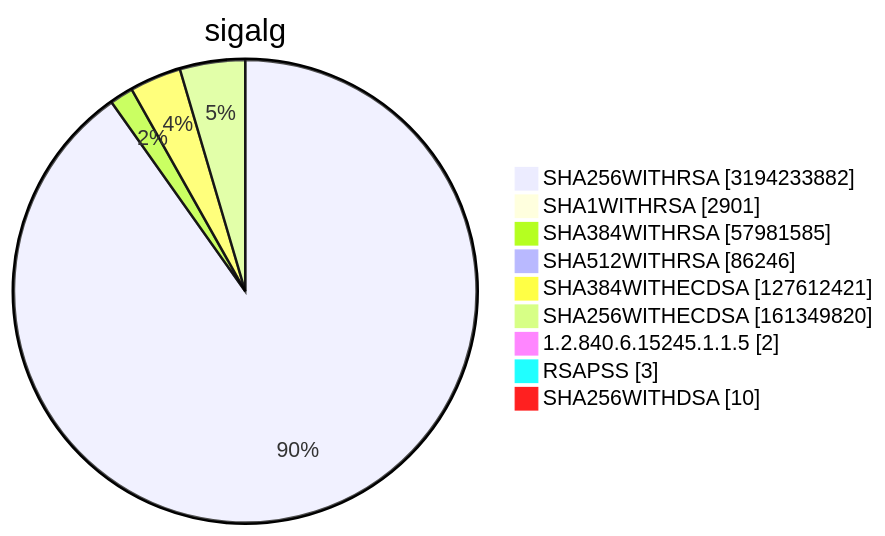
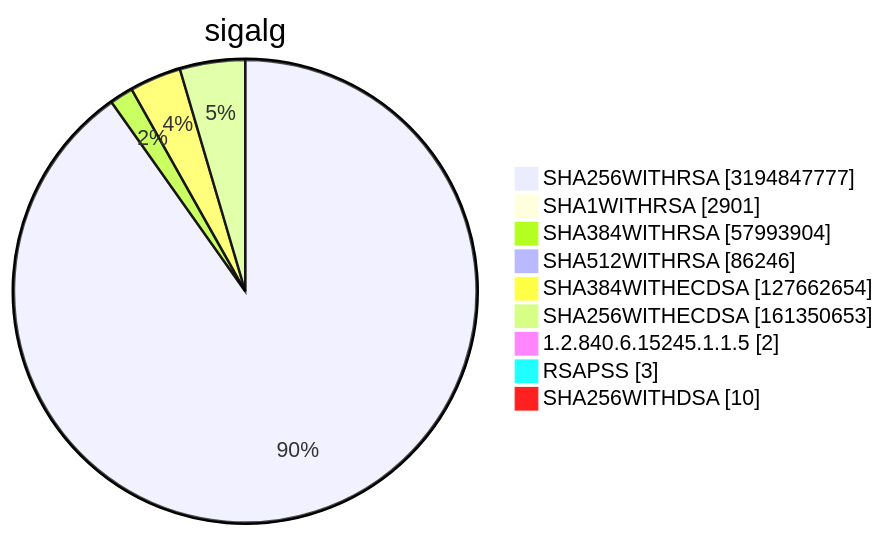
Diagram 15 of 15 in TOTAL/README.md (christiankrug/ctmonitor_visualization), drawn with Mermaid before and after one commit. The commit also changed other lines of this file, not shown here.

````diff
--- a/TOTAL/README.md
+++ b/TOTAL/README.md
@@ -6216,13 +6216,13 @@
 ```mermaid
 pie showData
 title sigalg
-"SHA256WITHRSA" :3194233882
+"SHA256WITHRSA" :3194847777
 "SHA1WITHRSA" :2901
-"SHA384WITHRSA" :57981585
+"SHA384WITHRSA" :57993904
 "SHA512WITHRSA" :86246
-"SHA384WITHECDSA" :127612421
-"SHA256WITHECDSA" :161349820
+"SHA384WITHECDSA" :127662654
+"SHA256WITHECDSA" :161350653
 "1.2.840.6.15245.1.1.5" :2
 "RSAPSS" :3
 "SHA256WITHDSA" :10
 ```
````
